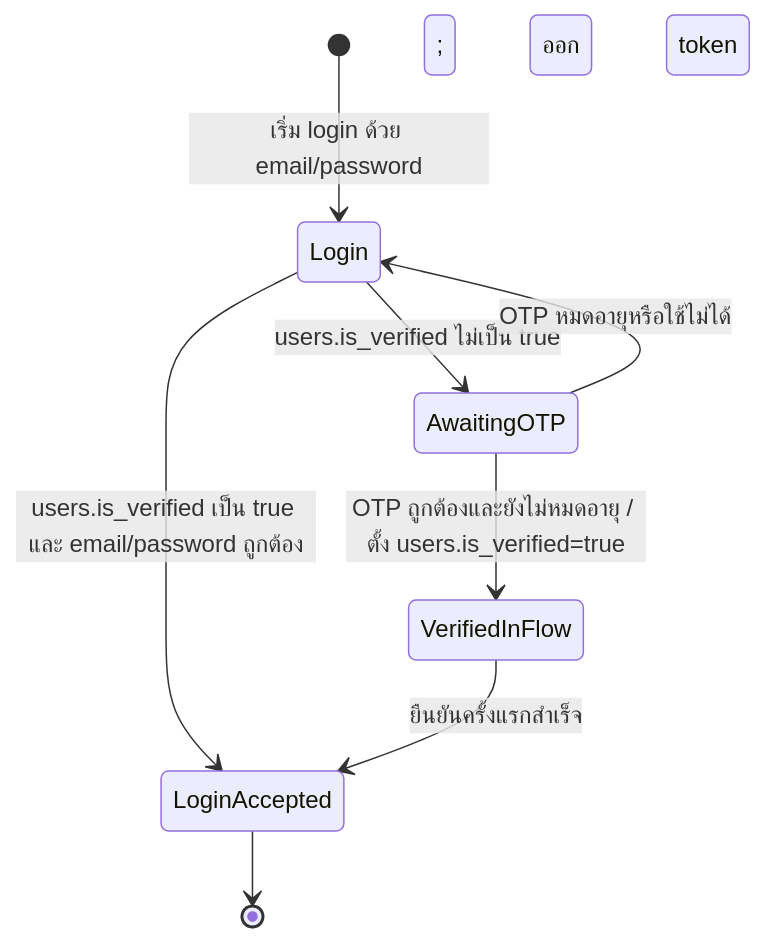
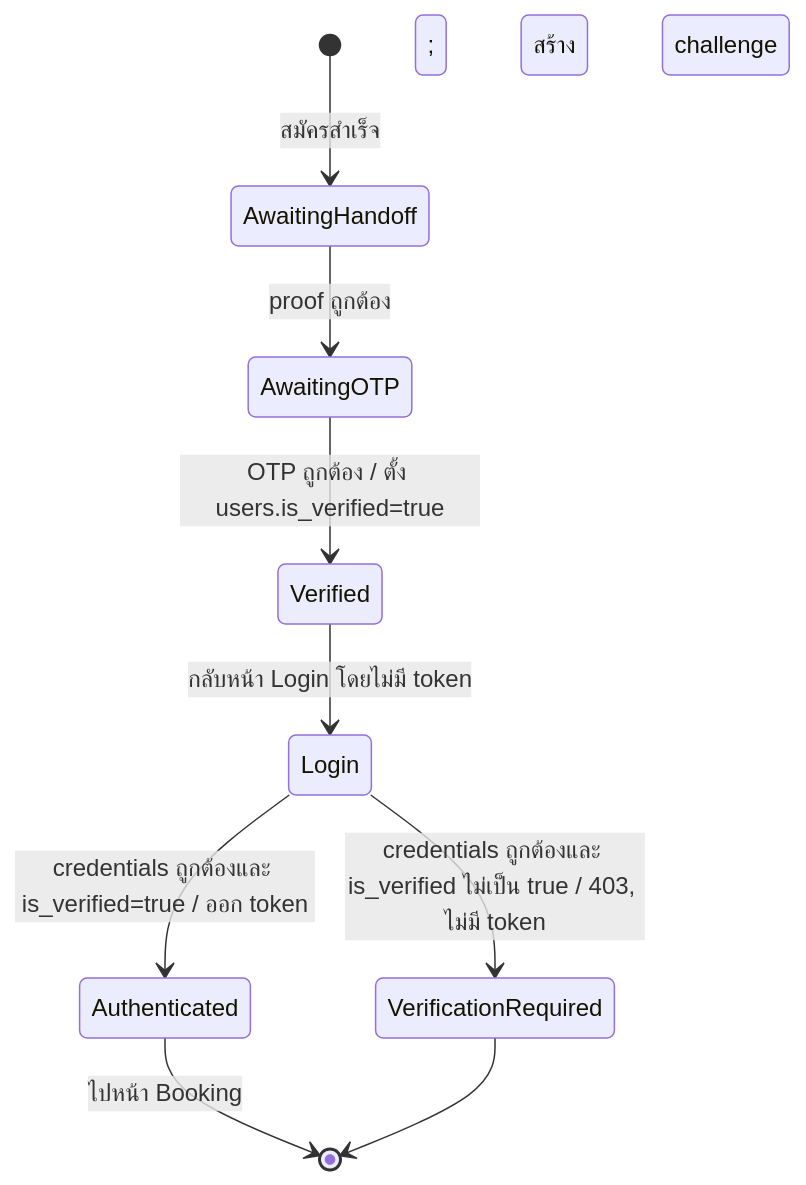
The fourth of 4 diagrams in specs/002-auth/models.md (nninizz/KhonYaai-Booking), drawn with Mermaid before and after one commit. The commit also changed other lines of this file and 9 other files, not shown here.

Commit message:
Restore Auth frontend and OTP handoff docs

````diff
--- a/specs/002-auth/models.md
+++ b/specs/002-auth/models.md
@@ -110,10 +116,11 @@
 ```mermaid
 stateDiagram-v2
-  [*] --> Login: เริ่ม login ด้วย email/password
-  Login --> AwaitingOTP: users.is_verified ไม่เป็น true
-  Login --> LoginAccepted: users.is_verified เป็น true และ email/password ถูกต้อง; ออก token
-  AwaitingOTP --> VerifiedInFlow: OTP ถูกต้องและยังไม่หมดอายุ / ตั้ง users.is_verified=true
-  AwaitingOTP --> Login: OTP หมดอายุหรือใช้ไม่ได้
-  VerifiedInFlow --> LoginAccepted: ยืนยันครั้งแรกสำเร็จ
-  LoginAccepted --> [*]
+  [*] --> AwaitingHandoff: สมัครสำเร็จ
+  AwaitingHandoff --> AwaitingOTP: proof ถูกต้อง; สร้าง challenge
+  AwaitingOTP --> Verified: OTP ถูกต้อง / ตั้ง users.is_verified=true
+  Verified --> Login: กลับหน้า Login โดยไม่มี token
+  Login --> Authenticated: credentials ถูกต้องและ is_verified=true / ออก token
+  Login --> VerificationRequired: credentials ถูกต้องและ is_verified ไม่เป็น true / 403, ไม่มี token
+  Authenticated --> [*]: ไปหน้า Booking
+  VerificationRequired --> [*]
 ```
````
